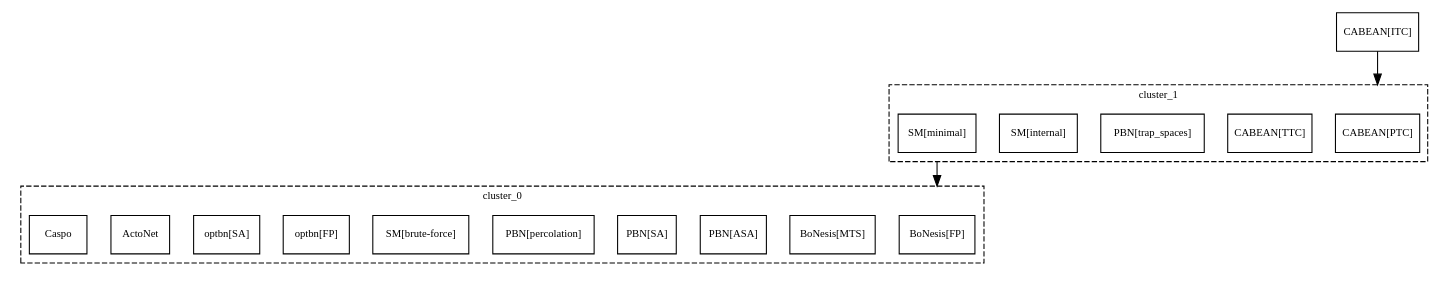
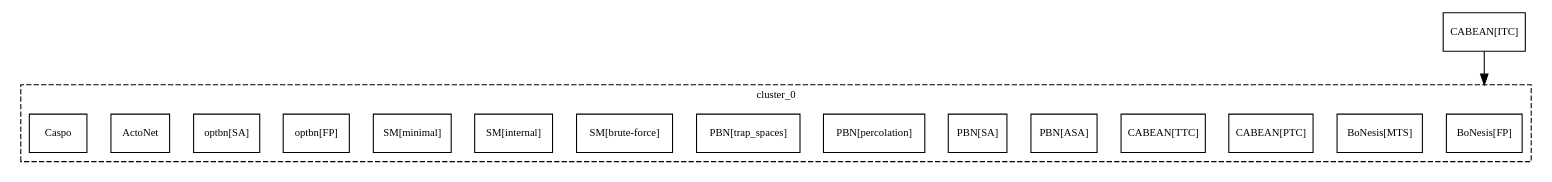
The diagram in experiments/results/B_manually_designed/B3_ce_yes_OI_no_OT/_graph_tred.dot (kalebmoon07/BN-control-taxonomy), drawn with Graphviz before and after one commit. The commit also changed 75 other files, not shown here.

```diff
--- a/experiments/results/B_manually_designed/B3_ce_yes_OI_no_OT/_graph_tred.dot
+++ b/experiments/results/B_manually_designed/B3_ce_yes_OI_no_OT/_graph_tred.dot
@@ -1,31 +1,26 @@
 strict digraph G {
 graph [fontsize=10, fontname=Verdana, compound=true];
 node [shape=record, fontsize=10, fontname=Verdana];
 graph [nodesep=0.3, ranksep=0.8];
 subgraph cluster_0 {
 label="cluster_0";
 graph [style=dashed, color=black];
 "BoNesis[FP]";
 "BoNesis[MTS]";
+"CABEAN[PTC]";
+"CABEAN[TTC]";
 "PBN[ASA]";
 "PBN[SA]";
 "PBN[percolation]";
+"PBN[trap_spaces]";
 "SM[brute-force]";
+"SM[internal]";
+"SM[minimal]";
 "optbn[FP]";
 "optbn[SA]";
 ActoNet;
 Caspo;
 }
-subgraph cluster_1 {
-label="cluster_1";
-graph [style=dashed, color=black];
-"CABEAN[PTC]";
-"CABEAN[TTC]";
-"PBN[trap_spaces]";
-"SM[internal]";
-"SM[minimal]";
+"CABEAN[ITC]";
+"CABEAN[ITC]" -> "BoNesis[FP]" [lhead="cluster_0"];
 }
-"CABEAN[ITC]";
-"CABEAN[ITC]" -> "CABEAN[PTC]" [lhead="cluster_1"];
-"SM[minimal]" -> "BoNesis[FP]" [ltail="cluster_1", lhead="cluster_0"];
-}
```
